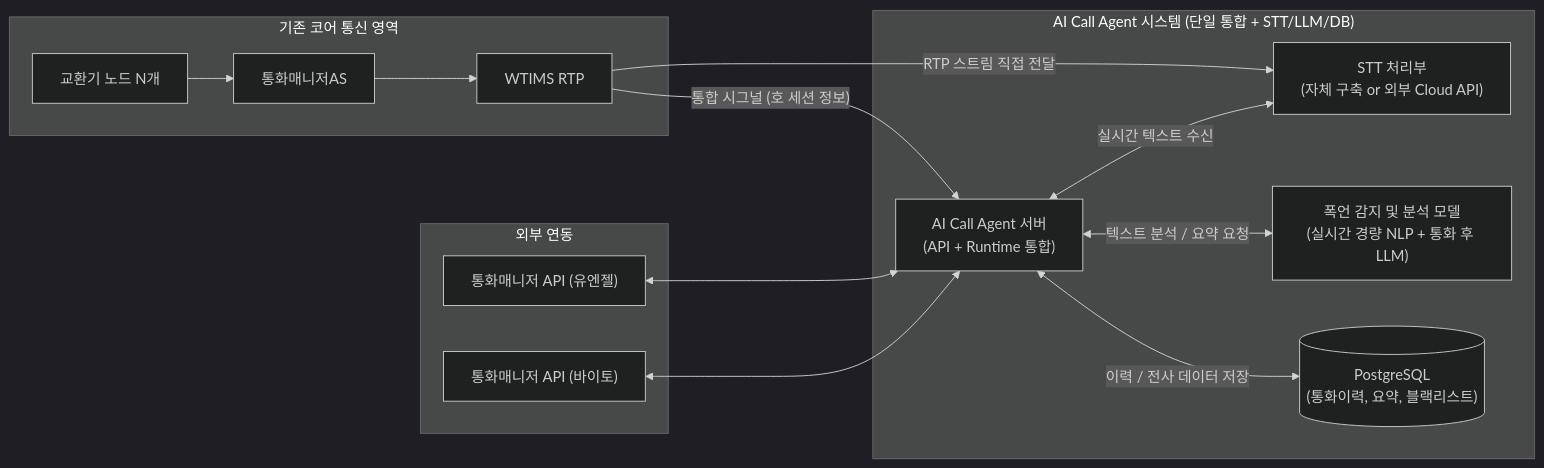
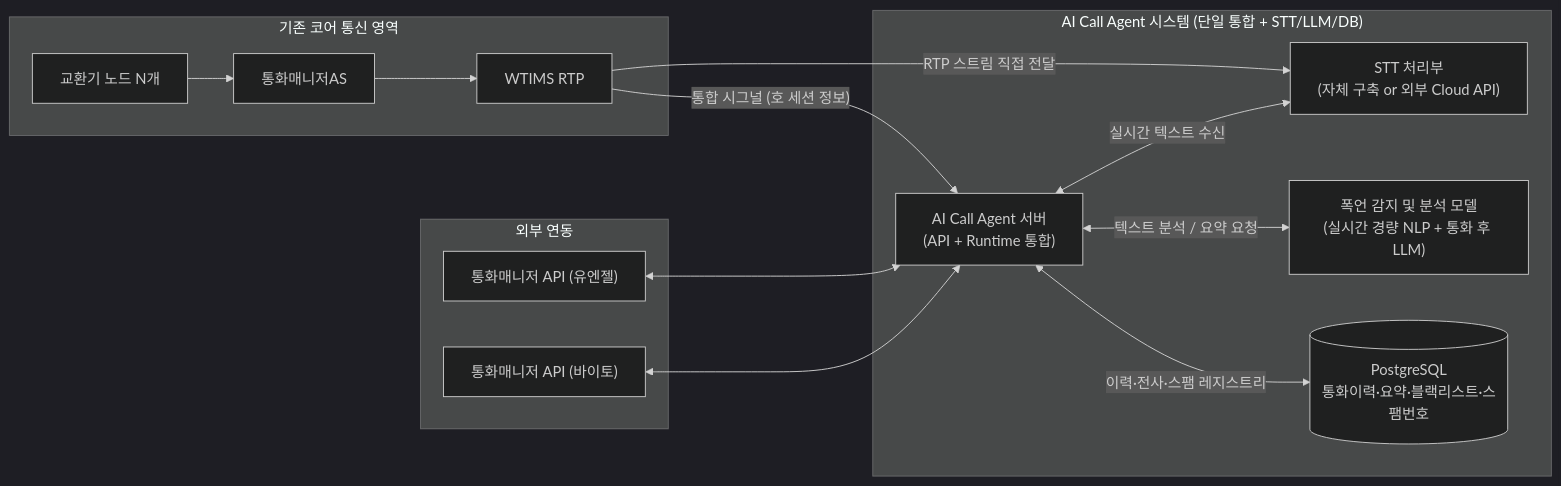
The diagram in docs/architecture/minimal-stt-profanity-architecture.md (hak023/agentic_ai_callbot), drawn with Mermaid (dark theme) before and after one commit. The commit also changed other lines of this file, not shown here.

Commit message:
docs: Add shared spam registry and inbound alert flow

````diff
--- a/docs/architecture/minimal-stt-profanity-architecture.md
+++ b/docs/architecture/minimal-stt-profanity-architecture.md
@@ -72,28 +81,28 @@
 ```mermaid
 flowchart LR
     subgraph CORE["기존 코어 통신 영역"]
         EX["교환기 노드 N개"] --> CM["통화매니저AS"] --> WT["WTIMS RTP"]
     end
     
     subgraph ACA["AI Call Agent 시스템 (단일 통합 + STT/LLM/DB)"]
         API_AIR["AI Call Agent 서버<br/>(API + Runtime 통합)"]
         STT["STT 처리부<br/>(자체 구축 or 외부 Cloud API)"]
         NLP_LLM["폭언 감지 및 분석 모델<br/>(실시간 경량 NLP + 통화 후 LLM)"]
-        DB[("PostgreSQL<br/>(통화이력, 요약, 블랙리스트)")]
+        DB[("PostgreSQL<br/>통화이력·요약·블랙리스트·스팸번호")]
     end
     
     subgraph EXT["외부 연동"]
         UAPI["통화매니저 API (유엔젤)"]
         BAPI["통화매니저 API (바이토)"]
     end
 
     %% 연결 관계
     WT -->|RTP 스트림 직접 전달| STT
     WT -->|"통합 시그널 (호 세션 정보)"| API_AIR
     API_AIR <-->|실시간 텍스트 수신| STT
     API_AIR <-->|텍스트 분석 / 요약 요청| NLP_LLM
-    API_AIR <-->|이력 / 전사 데이터 저장| DB
+    API_AIR <-->|이력·전사·스팸 레지스트리| DB
     
     UAPI <--> API_AIR
     BAPI <--> API_AIR
 ```
````
